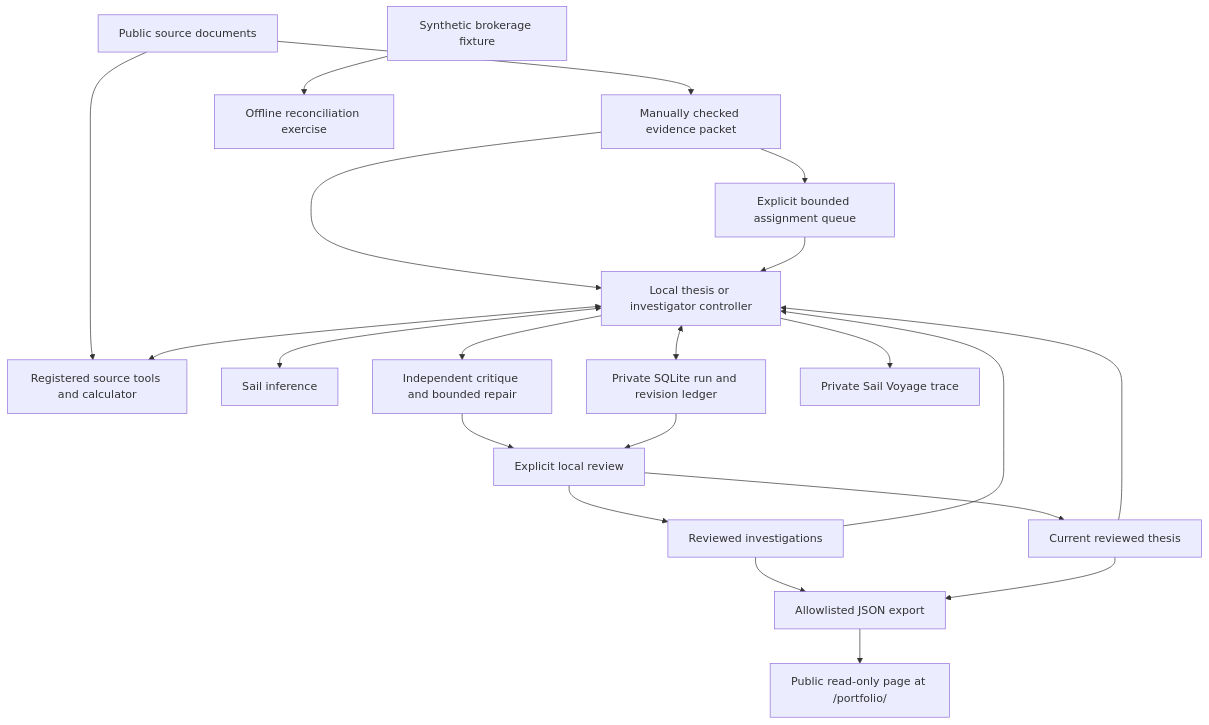
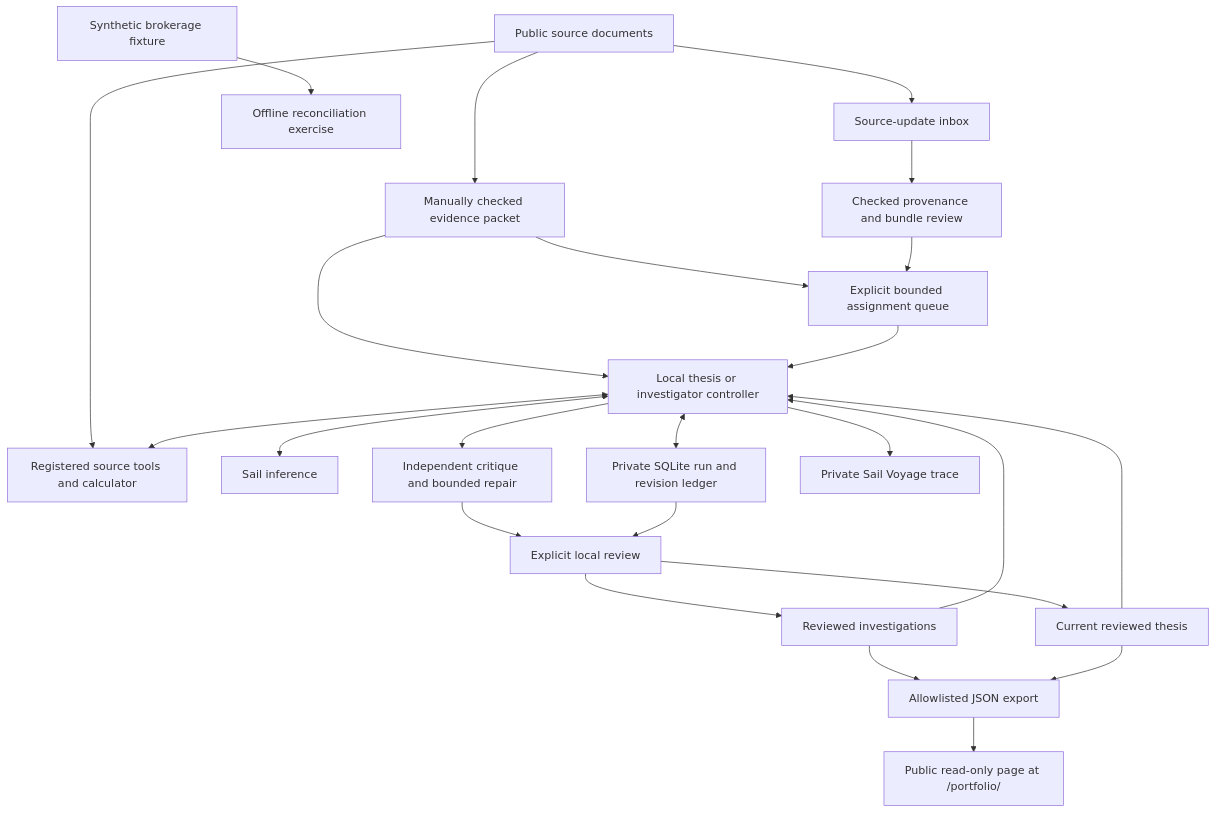
One commit to bwoods1998/long-term-capital-management changed the diagram in docs/ARCHITECTURE.md. Above: the diagram before and after it, drawn with Mermaid. The commit also changed other lines of this file and 14 other files, not shown here.

````diff
--- a/docs/ARCHITECTURE.md
+++ b/docs/ARCHITECTURE.md
@@ -7,23 +7,26 @@
 ```mermaid
 flowchart TD
     Sources[Public source documents] --> Packet[Manually checked evidence packet]
     Packet --> Research[Local thesis or investigator controller]
     Packet --> Queue[Explicit bounded assignment queue]
+    Sources --> Watch[Source-update inbox]
+    Watch --> Bundle[Checked provenance and bundle review]
+    Bundle --> Queue
     Queue --> Research
     Sources --> Tools[Registered source tools and calculator]
     Research <--> Tools
     Research <--> Sail[Sail inference]
     Research <--> Store[Private SQLite run and revision ledger]
     Research --> Critic[Independent critique and bounded repair]
     Critic --> Review
     Store --> Review[Explicit local review]
     Review --> Head[Current reviewed thesis]
     Head --> Research
     Review --> Reports[Reviewed investigations]
     Reports --> Research
     Reports --> Export
     Research --> Voyage[Private Sail Voyage trace]
     Head --> Export[Allowlisted JSON export]
     Export --> Site[Public read-only page at /portfolio/]
     Fixture[Synthetic brokerage fixture] --> Demo[Offline reconciliation exercise]
 ```
````
